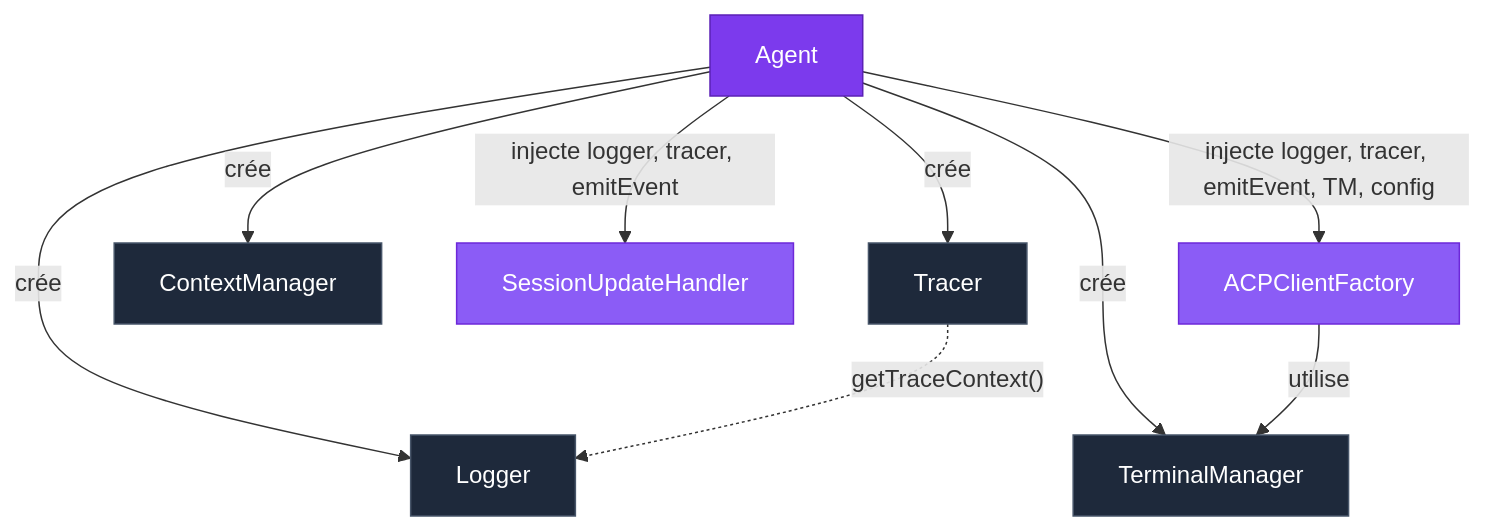
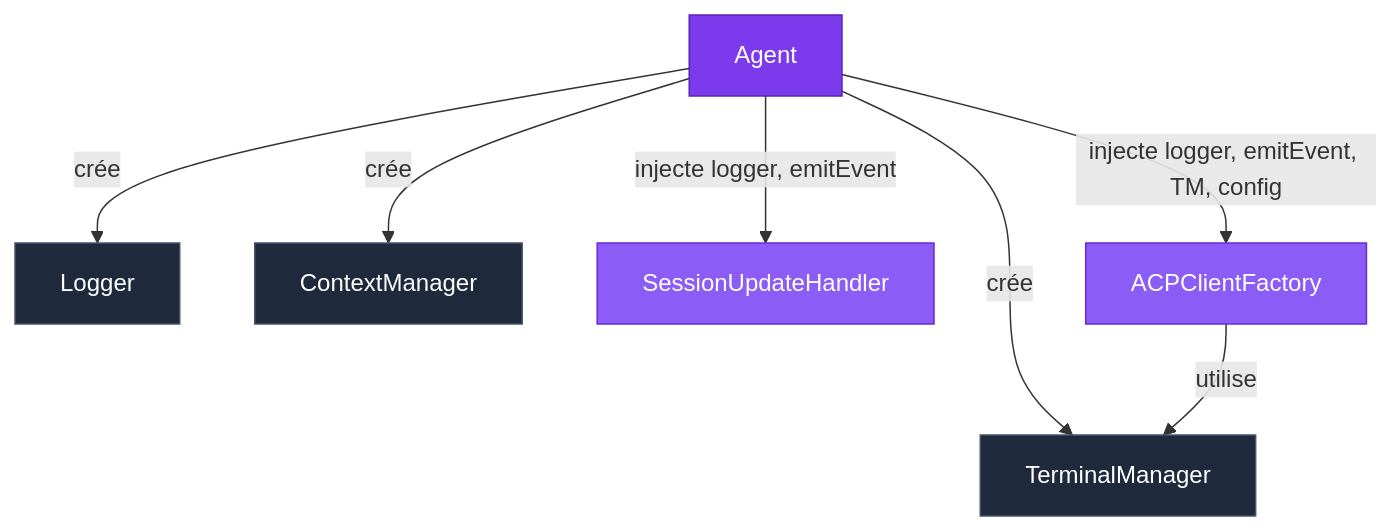
One commit to atinseau/stark changed the fourth of 5 diagrams in docs/architecture/overview.md. Above: the diagram before and after it, drawn with Mermaid. The commit also changed other lines of this file and 13 other files, not shown here.

````diff
--- a/docs/architecture/overview.md
+++ b/docs/architecture/overview.md
@@ -202,21 +154,19 @@
 ```mermaid
 graph TD
-    AGENT[Agent] -->|crée| TRACER[Tracer]
-    AGENT -->|crée| LOGGER[Logger]
+    AGENT[Agent] -->|crée| LOGGER[Logger]
     AGENT -->|crée| CTX[ContextManager]
     AGENT -->|crée| TM[TerminalManager]
 
-    AGENT -->|injecte logger, tracer, emitEvent| SUH[SessionUpdateHandler]
-    AGENT -->|injecte logger, tracer, emitEvent, TM, config| ACF[ACPClientFactory]
+    AGENT -->|injecte logger, emitEvent| SUH[SessionUpdateHandler]
+    AGENT -->|injecte logger, emitEvent, TM, config| ACF[ACPClientFactory]
 
-    TRACER -.->|"getTraceContext()"| LOGGER
     ACF -->|utilise| TM
 
     style AGENT fill:#7c3aed,stroke:#5b21b6,color:#fff
 
     classDef injected fill:#8b5cf6,stroke:#6d28d9,color:#fff
     class SUH,ACF injected
 
     classDef infra fill:#1e293b,stroke:#475569,color:#fff
-    class TRACER,LOGGER,TM,CTX infra
+    class LOGGER,TM,CTX infra
 ```
````
